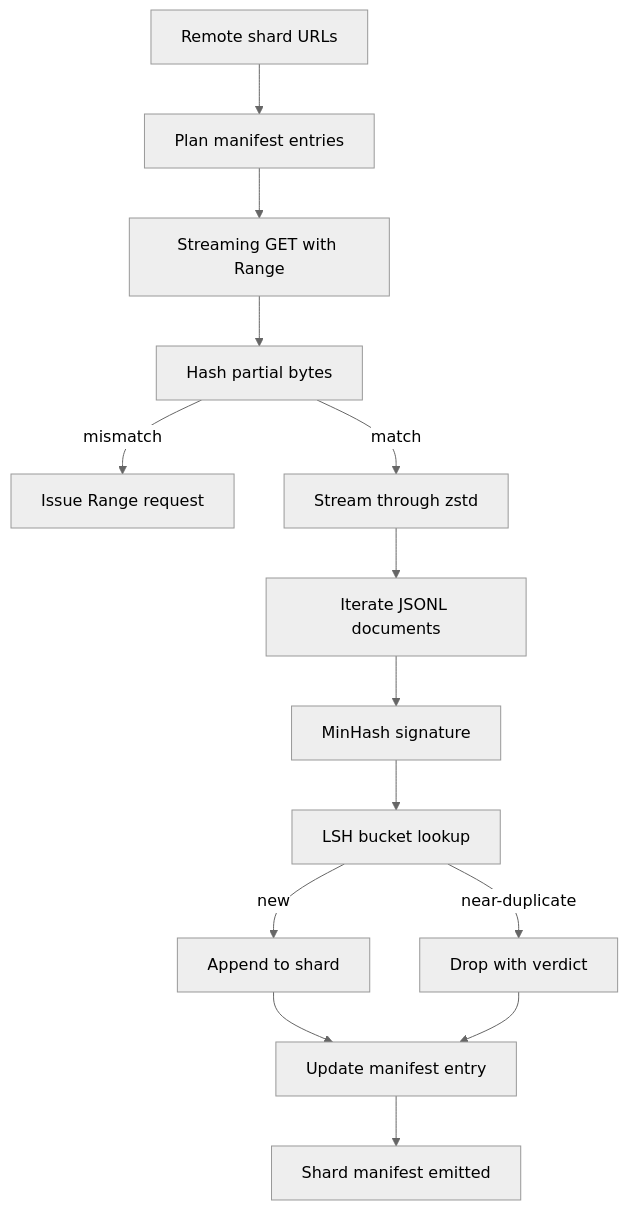
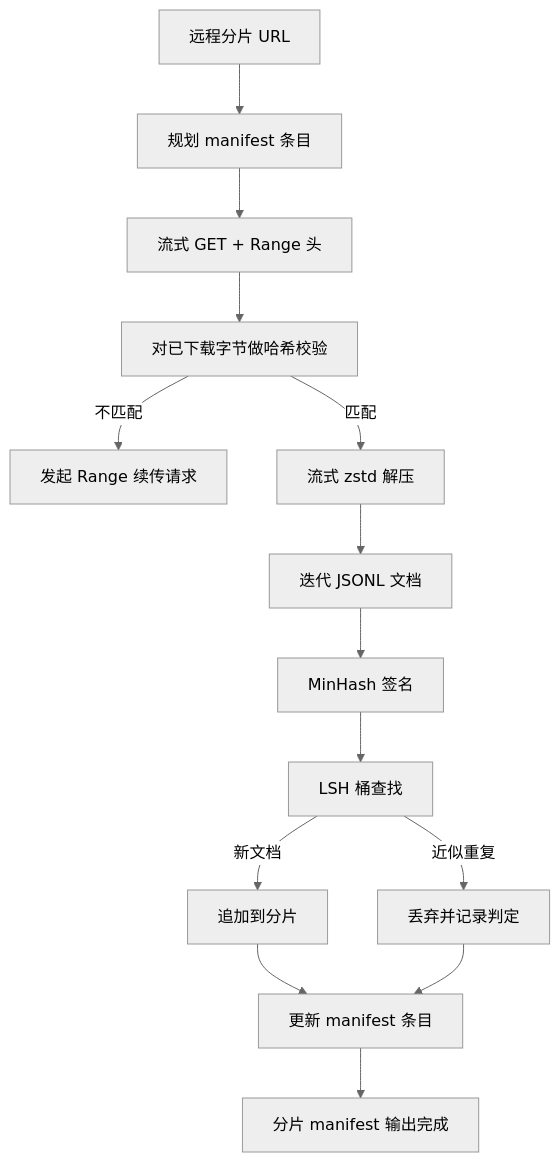
The diagram in phases/19-capstone-projects/42-large-corpus-downloader/docs/zh.md (alessandrodinisio-ai/ai-engineering-learning-framework), drawn with Mermaid (neutral theme) before and after one commit. The commit also changed 120 other files, not shown here.

First line of the commit message:
i18n(mermaid): 337 个 mermaid 图表标签中文化

````diff
--- a/phases/19-capstone-projects/42-large-corpus-downloader/docs/zh.md
+++ b/phases/19-capstone-projects/42-large-corpus-downloader/docs/zh.md
@@ -27,16 +27,16 @@
 ```mermaid
 flowchart TD
-  Source[Remote shard URLs] --> Plan[Plan manifest entries]
-  Plan --> Download[Streaming GET with Range]
-  Download --> Verify[Hash partial bytes]
-  Verify -->|mismatch| Resume[Issue Range request]
-  Verify -->|match| Decompress[Stream through zstd]
-  Decompress --> Iterate[Iterate JSONL documents]
-  Iterate --> Sig[MinHash signature]
-  Sig --> Bucket[LSH bucket lookup]
-  Bucket -->|new| Keep[Append to shard]
-  Bucket -->|near-duplicate| Drop[Drop with verdict]
-  Keep --> Manifest[Update manifest entry]
+  Source[远程分片 URL] --> Plan[规划 manifest 条目]
+  Plan --> Download[流式 GET + Range 头]
+  Download --> Verify[对已下载字节做哈希校验]
+  Verify -->|不匹配| Resume[发起 Range 续传请求]
+  Verify -->|匹配| Decompress[流式 zstd 解压]
+  Decompress --> Iterate[迭代 JSONL 文档]
+  Iterate --> Sig[MinHash 签名]
+  Sig --> Bucket[LSH 桶查找]
+  Bucket -->|新文档| Keep[追加到分片]
+  Bucket -->|近似重复| Drop[丢弃并记录判定]
+  Keep --> Manifest[更新 manifest 条目]
   Drop --> Manifest
-  Manifest --> Done[Shard manifest emitted]
+  Manifest --> Done[分片 manifest 输出完成]
 ```
````
